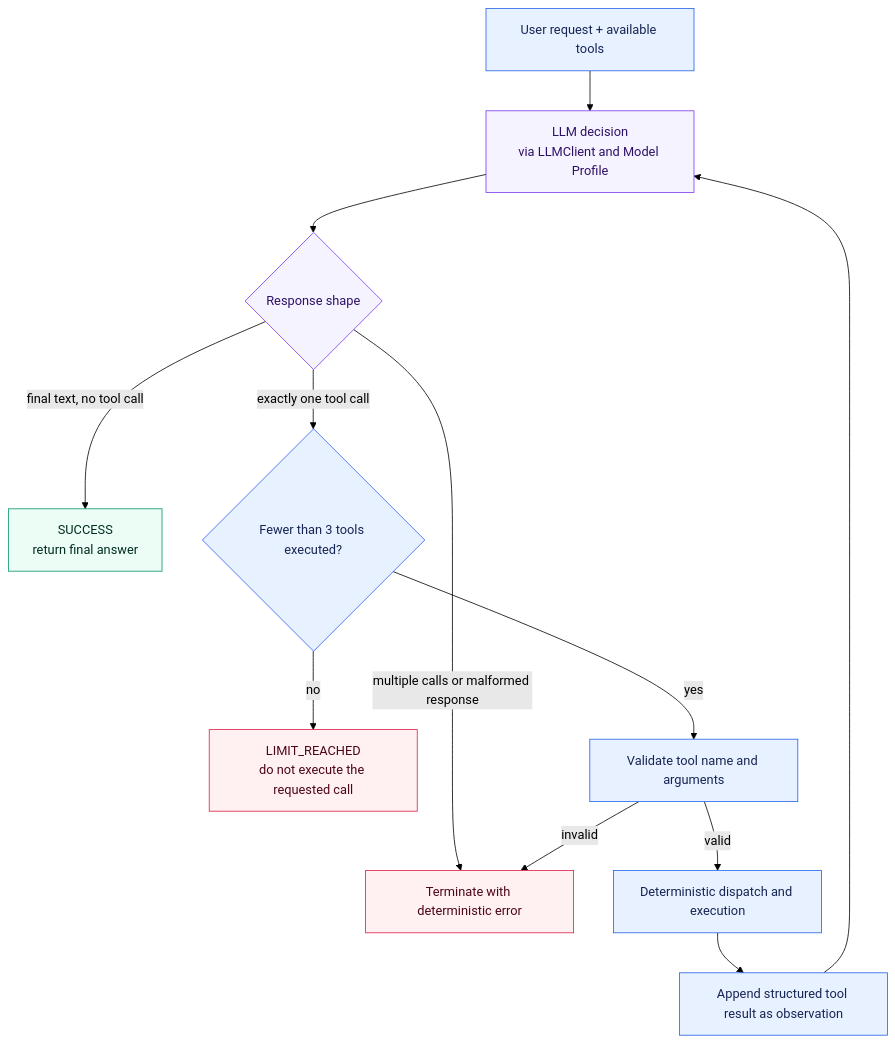
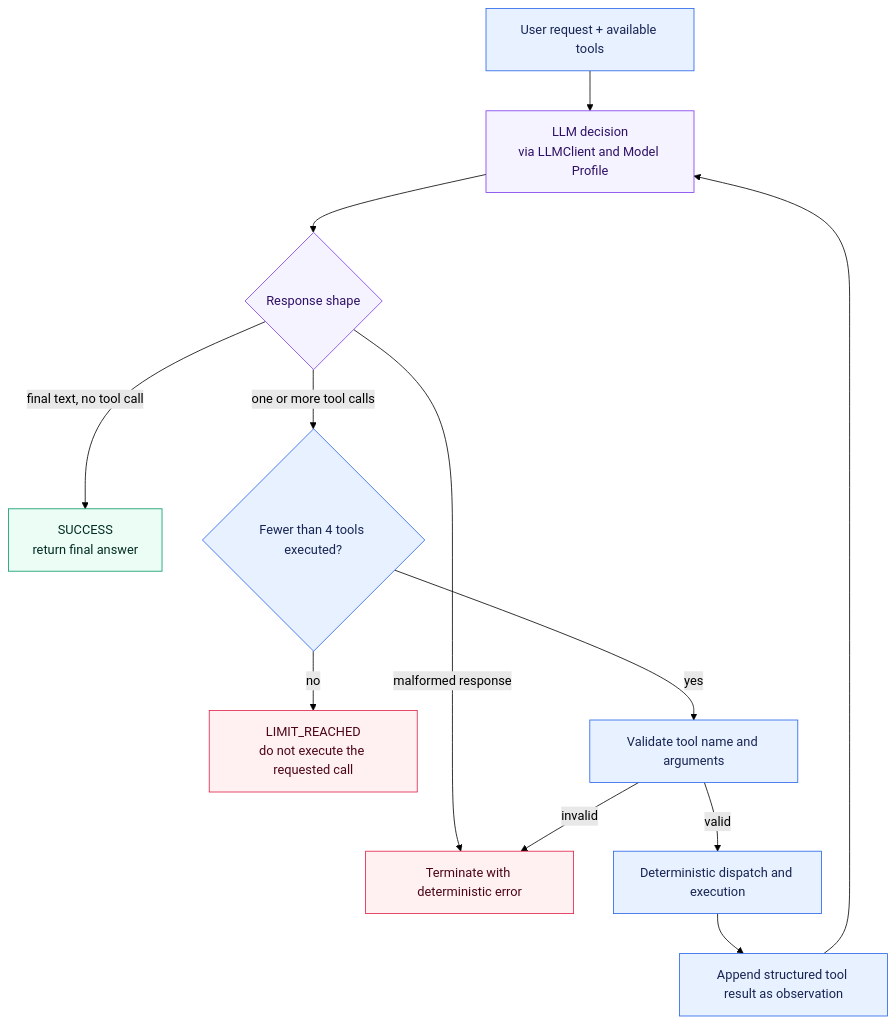
Before and after one commit to aboerzel/industrial-ai-agent: the diagram in docs/decisions/ADR-004-agent-orchestration-strategy.md, drawn with Mermaid (forest theme). The commit also changed other lines of this file and 38 other files, not shown here.

````diff
--- a/docs/decisions/ADR-004-agent-orchestration-strategy.md
+++ b/docs/decisions/ADR-004-agent-orchestration-strategy.md
@@ -38,23 +38,23 @@
 ```mermaid
 flowchart TD
     Start["User request + available tools"] --> LLM["LLM decision<br/>via LLMClient and Model Profile"]
     LLM --> Decision{"Response shape"}
     Decision -->|"final text, no tool call"| Final["SUCCESS<br/>return final answer"]
-    Decision -->|"exactly one tool call"| Limit{"Fewer than 3 tools executed?"}
-    Decision -->|"multiple calls or malformed response"| Invalid["Terminate with deterministic error"]
+    Decision -->|"one or more tool calls"| Limit{"Fewer than 4 tools executed?"}
+    Decision -->|"malformed response"| Invalid["Terminate with deterministic error"]
     Limit -->|"no"| Exhausted["LIMIT_REACHED<br/>do not execute the requested call"]
     Limit -->|"yes"| Validate["Validate tool name and arguments"]
     Validate -->|"invalid"| Invalid
     Validate -->|"valid"| Dispatch["Deterministic dispatch and execution"]
     Dispatch --> Observation["Append structured tool result as observation"]
     Observation --> LLM
 
     classDef llm fill:#f5f3ff,stroke:#7c3aed,color:#2e1065
     classDef deterministic fill:#e8f1ff,stroke:#2563eb,color:#172554
     classDef terminal fill:#ecfdf5,stroke:#059669,color:#022c22
     classDef failure fill:#fff1f2,stroke:#e11d48,color:#4c0519
     class LLM,Decision llm
     class Start,Validate,Limit,Dispatch,Observation deterministic
     class Final terminal
     class Invalid,Exhausted failure
 ```
````
